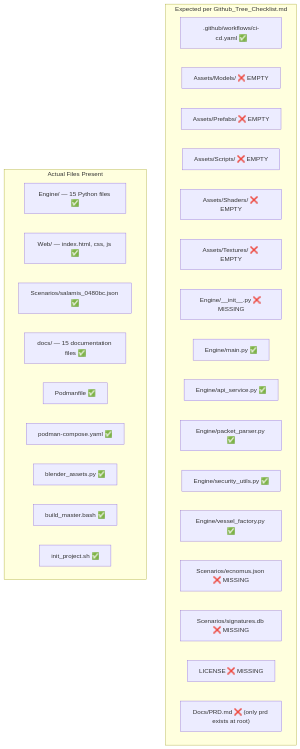
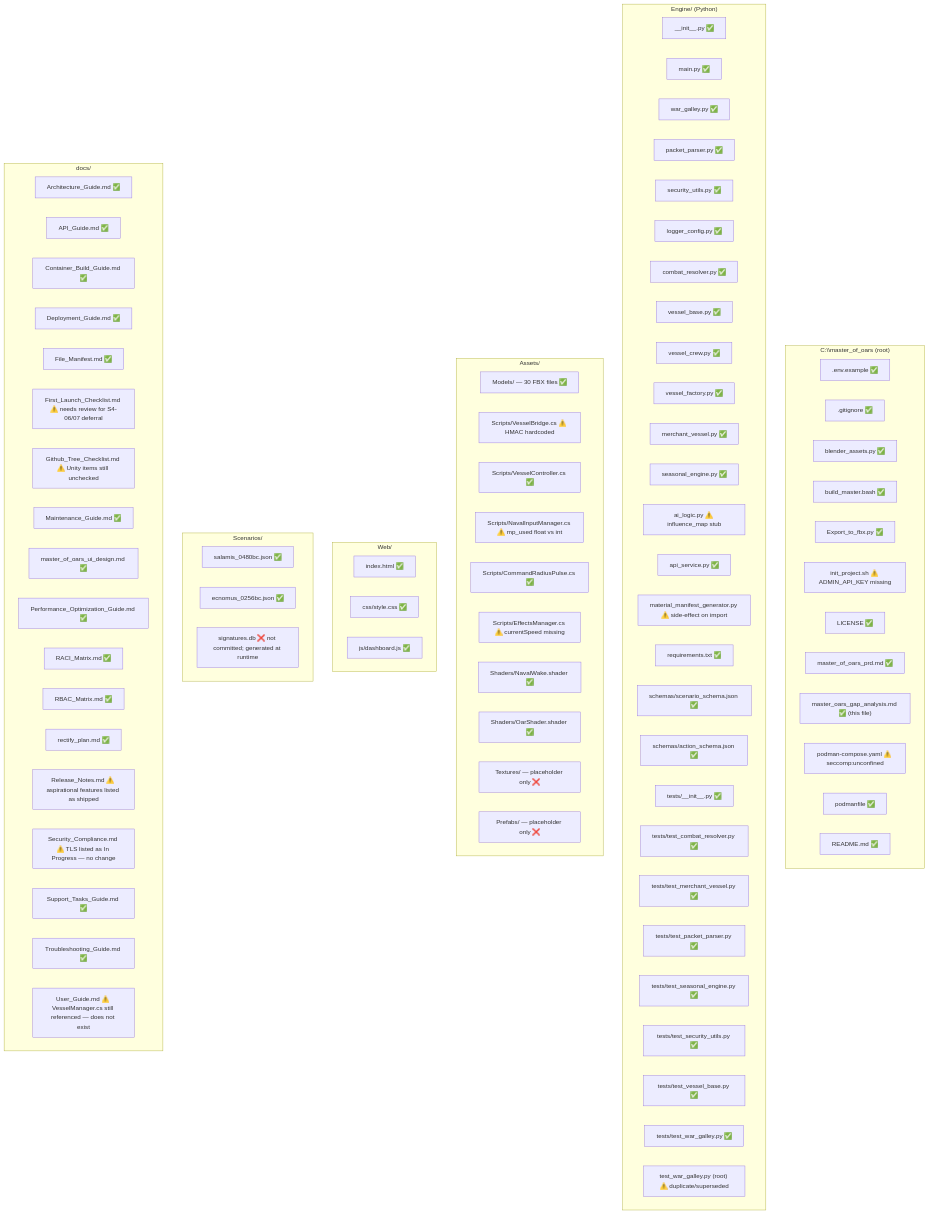
The first of 6 diagrams in master_oars_gap_analysis.md (DXCSithlordPadawan/master_of_oars), drawn with Mermaid before and after one commit. The commit also changed other lines of this file, not shown here.

````diff
--- a/master_oars_gap_analysis.md
+++ b/master_oars_gap_analysis.md
@@ -68,33 +153,93 @@
 ```mermaid
 graph TD
-    subgraph EXPECTED ["Expected per Github_Tree_Checklist.md"]
-        E1[".github/workflows/ci-cd.yaml ✅"]
-        E2["Assets/Models/ ❌ EMPTY"]
-        E3["Assets/Prefabs/ ❌ EMPTY"]
-        E4["Assets/Scripts/ ❌ EMPTY"]
-        E5["Assets/Shaders/ ❌ EMPTY"]
-        E6["Assets/Textures/ ❌ EMPTY"]
-        E7["Engine/__init__.py ❌ MISSING"]
-        E8["Engine/main.py ✅"]
-        E9["Engine/api_service.py ✅"]
-        E10["Engine/packet_parser.py ✅"]
-        E11["Engine/security_utils.py ✅"]
-        E12["Engine/vessel_factory.py ✅"]
-        E13["Scenarios/ecnomus.json ❌ MISSING"]
-        E14["Scenarios/signatures.db ❌ MISSING"]
-        E15["LICENSE ❌ MISSING"]
-        E16["Docs/PRD.md ❌ (only prd exists at root)"]
+    subgraph ROOT ["C:\\master_of_oars (root)"]
+        R1[".env.example ✅"]
+        R2[".gitignore ✅"]
+        R3["blender_assets.py ✅"]
+        R4["build_master.bash ✅"]
+        R5["Export_to_fbx.py ✅"]
+        R6["init_project.sh ⚠️ ADMIN_API_KEY missing"]
+        R7["LICENSE ✅"]
+        R8["master_of_oars_prd.md ✅"]
+        R9["master_oars_gap_analysis.md ✅ (this file)"]
+        R10["podman-compose.yaml ⚠️ seccomp:unconfined"]
+        R11["podmanfile ✅"]
+        R12["README.md ✅"]
     end
 
-    subgraph ACTUAL ["Actual Files Present"]
-        A1["Engine/ — 15 Python files ✅"]
-        A2["Web/ — index.html, css, js ✅"]
-        A3["Scenarios/salamis_0480bc.json ✅"]
-        A4["docs/ — 15 documentation files ✅"]
-        A5["Podmanfile ✅"]
-        A6["podman-compose.yaml ✅"]
-        A7["blender_assets.py ✅"]
-        A8["build_master.bash ✅"]
-        A9["init_project.sh ✅"]
+    subgraph ENGINE ["Engine/ (Python)"]
+        E1["__init__.py ✅"]
+        E2["main.py ✅"]
+        E3["war_galley.py ✅"]
+        E4["packet_parser.py ✅"]
+        E5["security_utils.py ✅"]
+        E6["logger_config.py ✅"]
+        E7["combat_resolver.py ✅"]
+        E8["vessel_base.py ✅"]
+        E9["vessel_crew.py ✅"]
+        E10["vessel_factory.py ✅"]
+        E11["merchant_vessel.py ✅"]
+        E12["seasonal_engine.py ✅"]
+        E13["ai_logic.py ⚠️ influence_map stub"]
+        E14["api_service.py ✅"]
+        E15["material_manifest_generator.py ⚠️ side-effect on import"]
+        E16["requirements.txt ✅"]
+        E17["schemas/scenario_schema.json ✅"]
+        E18["schemas/action_schema.json ✅"]
+        E19["tests/__init__.py ✅"]
+        E20["tests/test_combat_resolver.py ✅"]
+        E21["tests/test_merchant_vessel.py ✅"]
+        E22["tests/test_packet_parser.py ✅"]
+        E23["tests/test_seasonal_engine.py ✅"]
+        E24["tests/test_security_utils.py ✅"]
+        E25["tests/test_vessel_base.py ✅"]
+        E26["tests/test_war_galley.py ✅"]
+        E27["test_war_galley.py (root) ⚠️ duplicate/superseded"]
+    end
+
+    subgraph ASSETS ["Assets/"]
+        A1["Models/ — 30 FBX files ✅"]
+        A2["Scripts/VesselBridge.cs ⚠️ HMAC hardcoded"]
+        A3["Scripts/VesselController.cs ✅"]
+        A4["Scripts/NavalInputManager.cs ⚠️ mp_used float vs int"]
+        A5["Scripts/CommandRadiusPulse.cs ✅"]
+        A6["Scripts/EffectsManager.cs ⚠️ currentSpeed missing"]
+        A7["Shaders/NavalWake.shader ✅"]
+        A8["Shaders/OarShader.shader ✅"]
+        A9["Textures/ — placeholder only ❌"]
+        A10["Prefabs/ — placeholder only ❌"]
+    end
+
+    subgraph WEB ["Web/"]
+        W1["index.html ✅"]
+        W2["css/style.css ✅"]
+        W3["js/dashboard.js ✅"]
+    end
+
+    subgraph SCEN ["Scenarios/"]
+        S1["salamis_0480bc.json ✅"]
+        S2["ecnomus_0256bc.json ✅"]
+        S3["signatures.db ❌ not committed; generated at runtime"]
+    end
+
+    subgraph DOCS ["docs/"]
+        D1["Architecture_Guide.md ✅"]
+        D2["API_Guide.md ✅"]
+        D3["Container_Build_Guide.md ✅"]
+        D4["Deployment_Guide.md ✅"]
+        D5["File_Manifest.md ✅"]
+        D6["First_Launch_Checklist.md ⚠️ needs review for S4-06/07 deferral"]
+        D7["Github_Tree_Checklist.md ⚠️ Unity items still unchecked"]
+        D8["Maintenance_Guide.md ✅"]
+        D9["master_of_oars_ui_design.md ✅"]
+        D10["Performance_Optimization_Guide.md ✅"]
+        D11["RACI_Matrix.md ✅"]
+        D12["RBAC_Matrix.md ✅"]
+        D13["rectify_plan.md ✅"]
+        D14["Release_Notes.md ⚠️ aspirational features listed as shipped"]
+        D15["Security_Compliance.md ⚠️ TLS listed as In Progress — no change"]
+        D16["Support_Tasks_Guide.md ✅"]
+        D17["Troubleshooting_Guide.md ✅"]
+        D18["User_Guide.md ⚠️ VesselManager.cs still referenced — does not exist"]
     end
 ```
````
